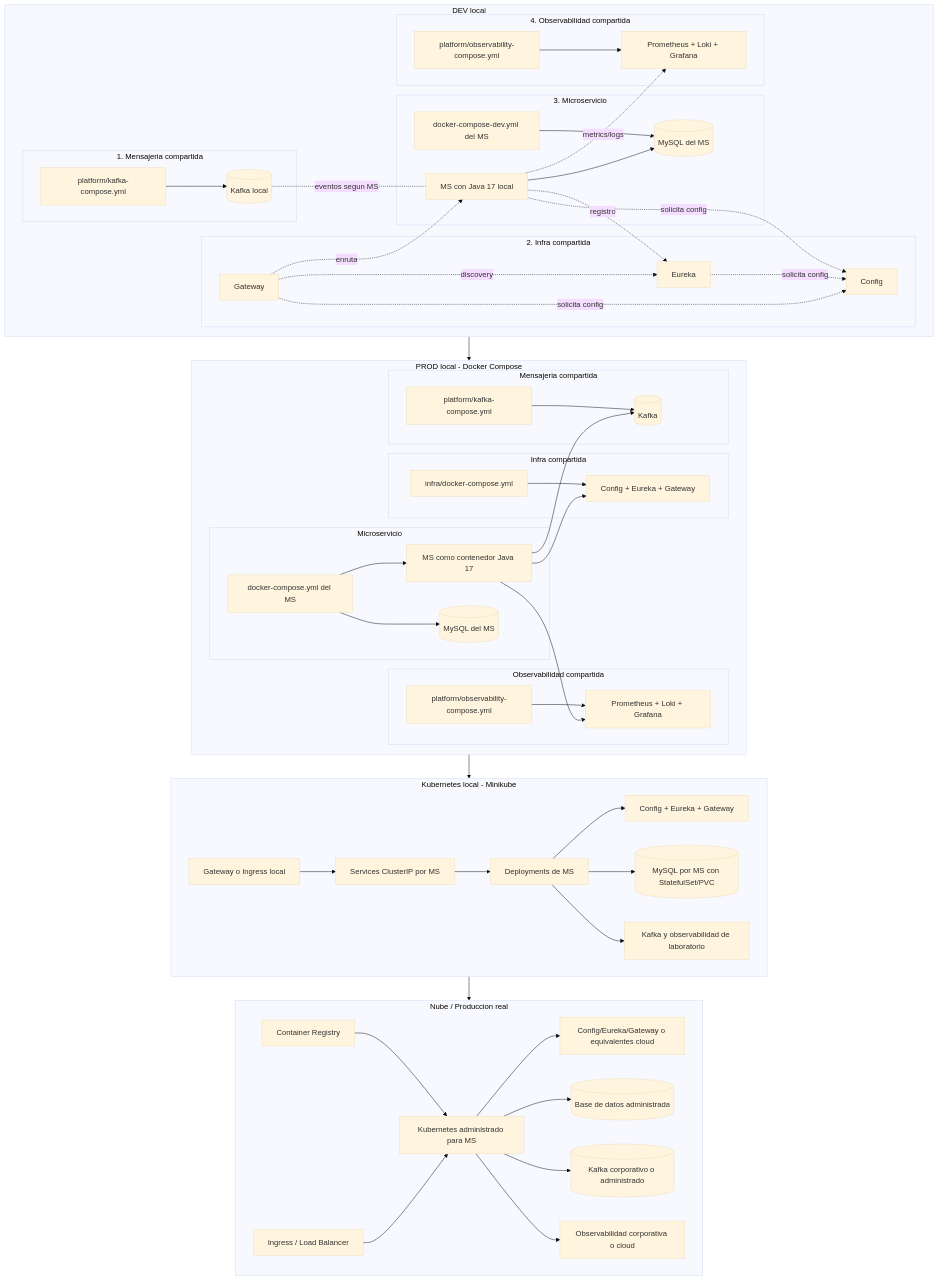
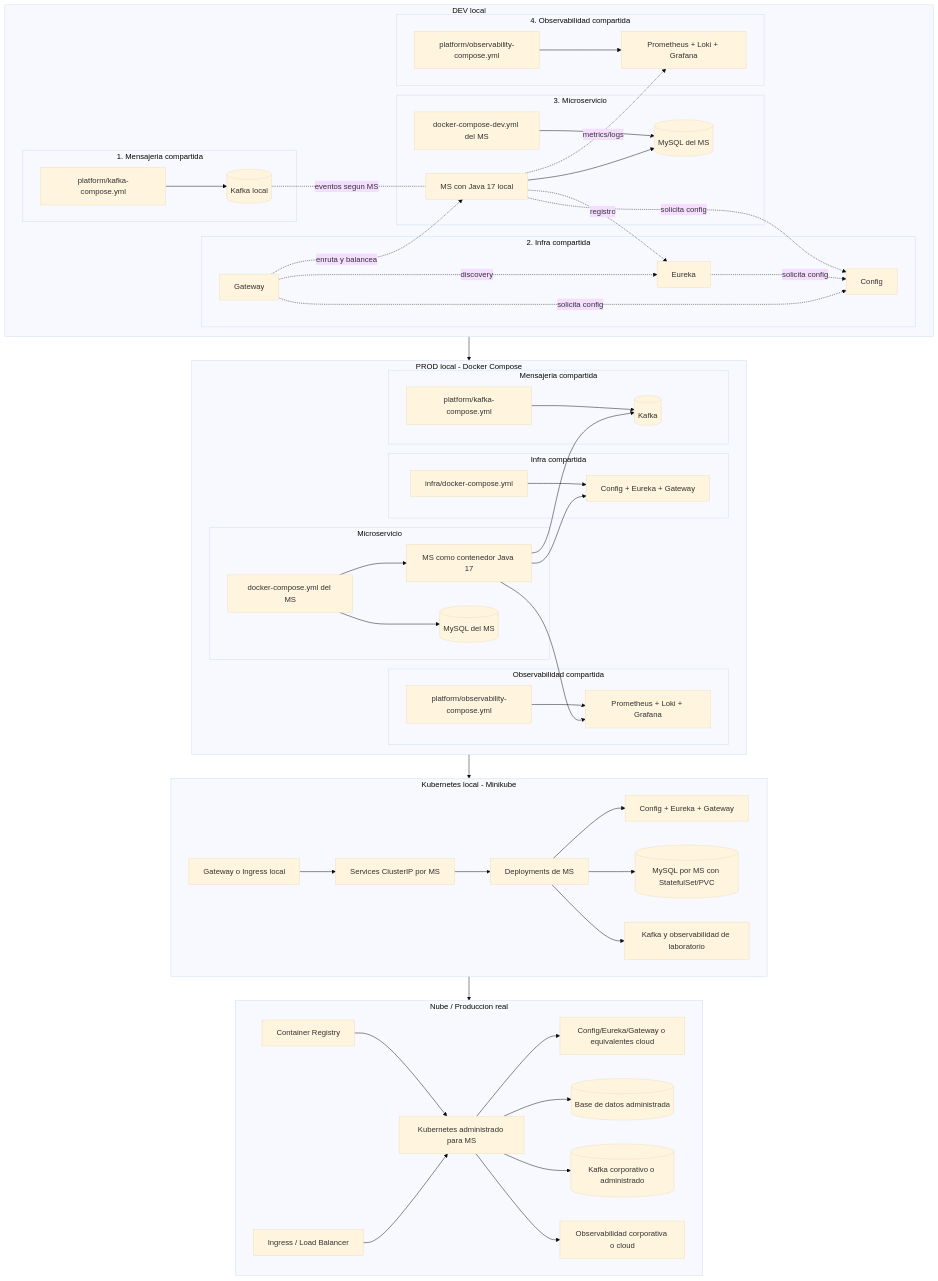
The tenth of 10 diagrams in README.md (262dist/pagatu), drawn with Mermaid (base theme) before and after one commit. The commit also changed other lines of this file, not shown here.

```diff
--- a/README.md
+++ b/README.md
@@ -576,7 +588,7 @@
         devmessaging -. eventos segun MS .- devjava
         devjava -. solicita config .-> devconfig
         devjava -. registro .-> deveureka
-        devgateway -. enruta .-> devjava
+        devgateway -. enruta y balancea .-> devjava
         devjava --> devmysql
         devjava -. metrics/logs .-> devobs
     end
```
